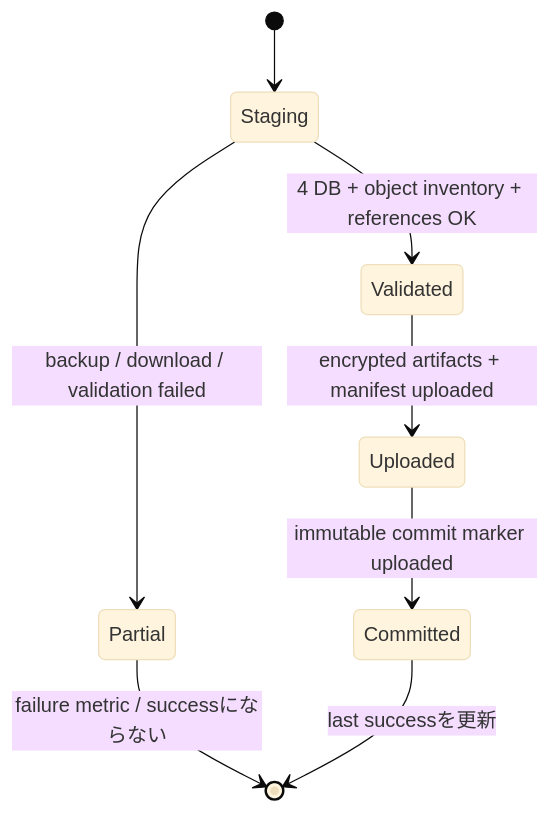
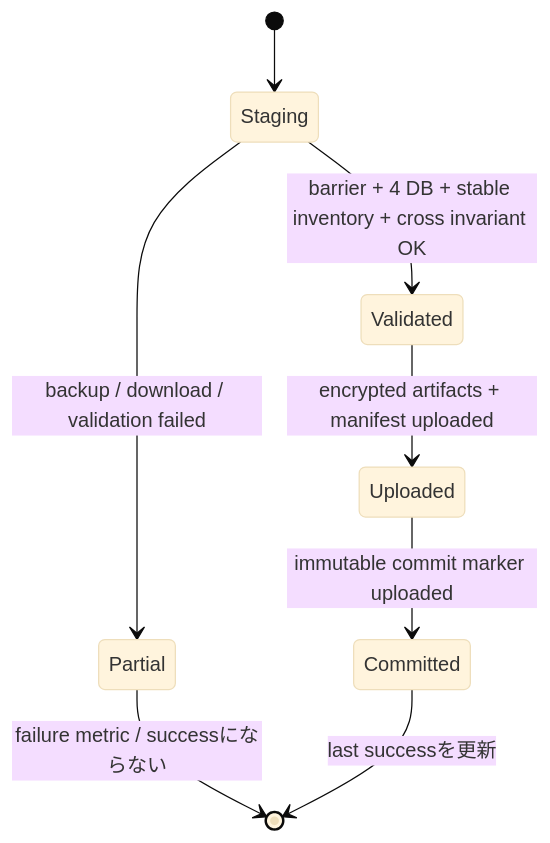
The second of 3 diagrams in docs/operations/service-state-recovery.md (r4ai/news-podcast), drawn with Mermaid (base theme) before and after one commit. The commit also changed other lines of this file and 17 other files, not shown here.

````diff
--- a/docs/operations/service-state-recovery.md
+++ b/docs/operations/service-state-recovery.md
@@ -58,10 +59,10 @@
 ```mermaid
 stateDiagram-v2
   [*] --> Staging
-  Staging --> Validated: 4 DB + object inventory + references OK
+  Staging --> Validated: barrier + 4 DB + stable inventory + cross invariant OK
   Staging --> Partial: backup / download / validation failed
   Validated --> Uploaded: encrypted artifacts + manifest uploaded
   Uploaded --> Committed: immutable commit marker uploaded
   Partial --> [*]: failure metric / successにならない
   Committed --> [*]: last successを更新
 ```
````
